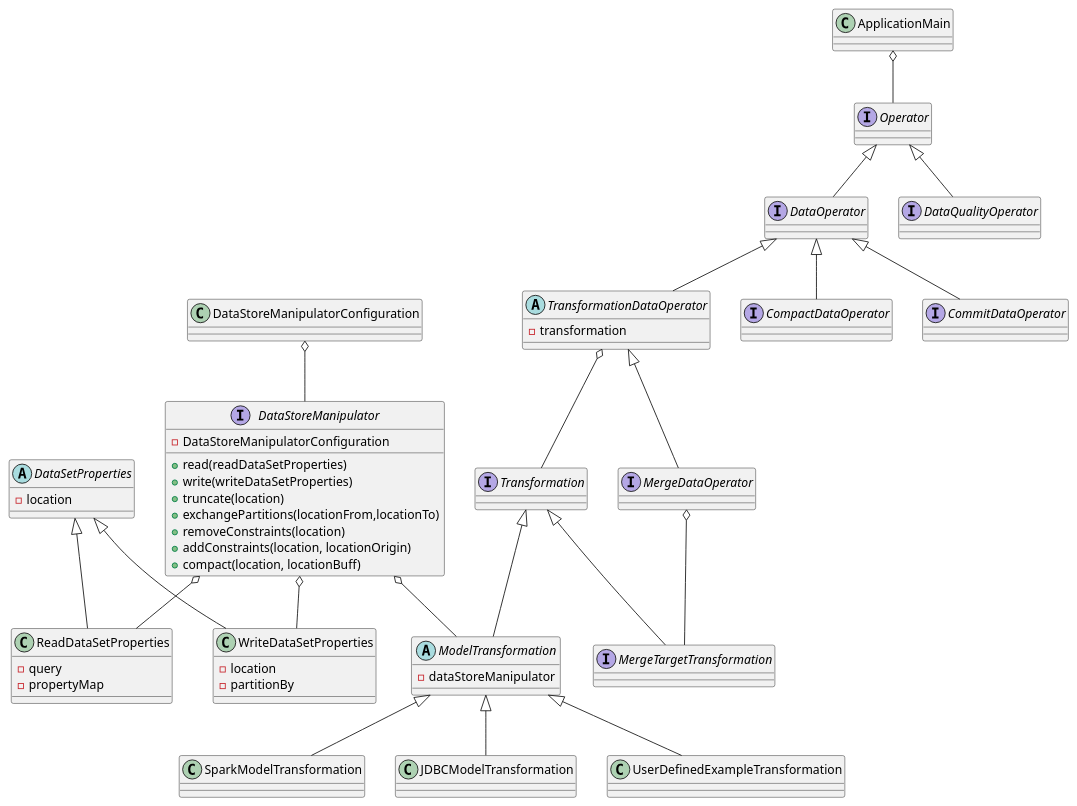
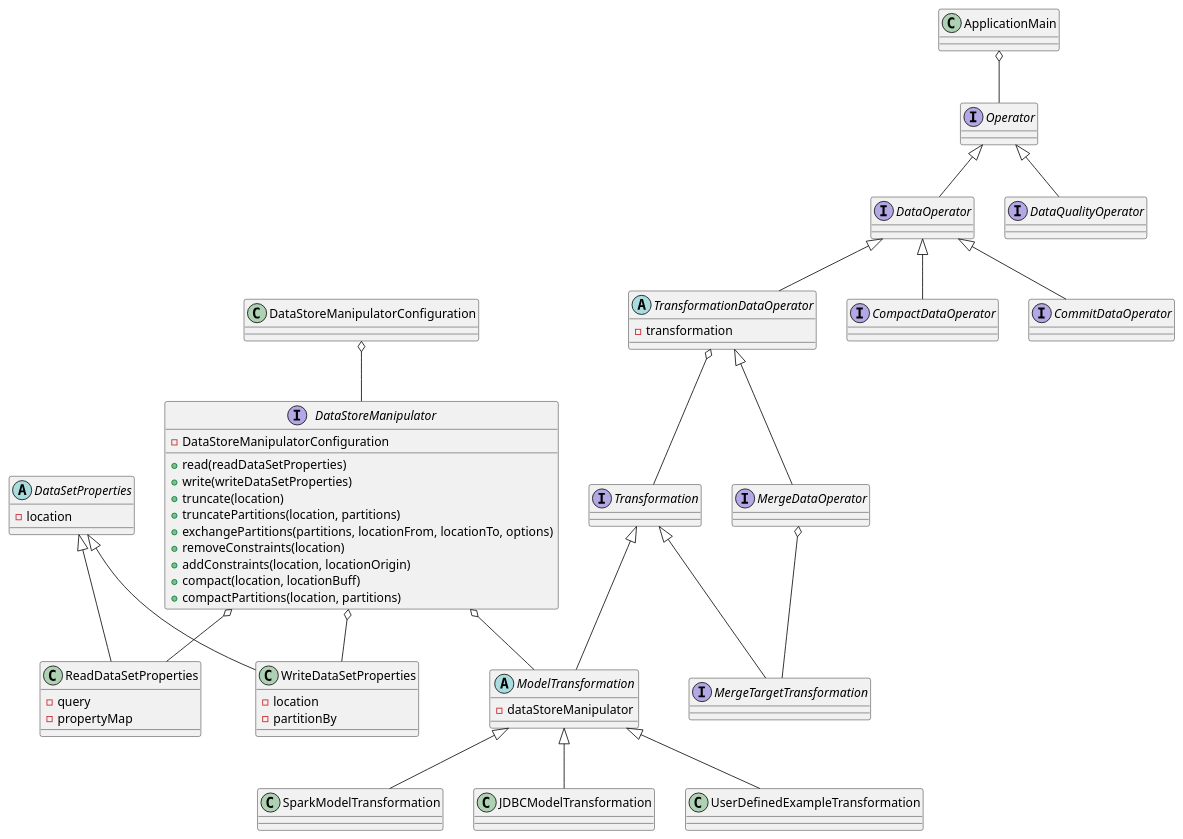
One commit to zaytsevdmitry/lakehouse changed the diagram in doc/nexttimedev/uml/DataEngineHiLevelClassDiagramm.puml. Above: the diagram before and after it, drawn with PlantUML. The commit also changed 1047 other files, not shown here.

```diff
--- a/doc/nexttimedev/uml/DataEngineHiLevelClassDiagramm.puml
+++ b/doc/nexttimedev/uml/DataEngineHiLevelClassDiagramm.puml
@@ -1,104 +1,106 @@
 @startuml
 'https://plantuml.com/class-diagram
 /'class DataStoreManipulatorConfiguration{
 
 }
 class transformModelConfiguration
 class configuration'/
 /'interface Pipeline
 interface PipeLineStep'/
 abstract DataSetProperties{
    - location
 }
 class ReadDataSetProperties{
 
   - query
   - propertyMap
 }
 DataSetProperties <|-- ReadDataSetProperties
 class WriteDataSetProperties{
   - location
   - partitionBy
 }
 DataSetProperties <|-- WriteDataSetProperties
 interface DataStoreManipulator{
   -DataStoreManipulatorConfiguration
   +read(readDataSetProperties)
   +write(writeDataSetProperties)
   +truncate(location)
-  +exchangePartitions(locationFrom,locationTo)
+  +truncatePartitions(location, partitions)
+  +exchangePartitions(partitions, locationFrom, locationTo, options)
   +removeConstraints(location)
   +addConstraints(location, locationOrigin)
   +compact(location, locationBuff)
+  +compactPartitions(location, partitions)
 }
 
 DataStoreManipulatorConfiguration o-- DataStoreManipulator
 DataStoreManipulator o-- ReadDataSetProperties
 DataStoreManipulator o-- WriteDataSetProperties
 interface Operator
 interface DataOperator
 interface DataQualityOperator
 class ApplicationMain
 ApplicationMain o-- Operator
 interface TransformationDataOperator
 abstract TransformationDataOperator{
   - transformation
 }
 
 TransformationDataOperator o-- Transformation
 
 interface CompactDataOperator
 interface MergeDataOperator
 interface CommitDataOperator
 interface Transformation
 
 abstract ModelTransformation{
     - dataStoreManipulator
 }
 
 DataStoreManipulator o-- ModelTransformation
 
 class SparkModelTransformation
 class JDBCModelTransformation
 class UserDefinedExampleTransformation
 
 interface MergeTargetTransformation
 
 Operator <|-- DataOperator
 Operator <|-- DataQualityOperator
 DataOperator <|-- TransformationDataOperator
 TransformationDataOperator <|-- MergeDataOperator
 DataOperator <|-- CompactDataOperator
 DataOperator <|-- CommitDataOperator
 Transformation <|-- ModelTransformation
 ModelTransformation <|-- SparkModelTransformation
 ModelTransformation <|-- JDBCModelTransformation
 ModelTransformation <|-- UserDefinedExampleTransformation
 Transformation <|-- MergeTargetTransformation
 MergeDataOperator o-- MergeTargetTransformation
 
 
 'abstract class AbstractList
 'abstract AbstractCollection
 /'interface List
 interface CollectionCollection
 
 List <|-- AbstractList
 Collection <|-- AbstractCollection
 
 Collection <|- List
 AbstractCollection <|- AbstractList
 AbstractList <|-- ArrayList
 
 class ArrayList {
 Object[] elementData
 size()
 }
 
 enum TimeUnit {
 DAYS
 HOURS
 MINUTES
 }'/
 
 @enduml
```
